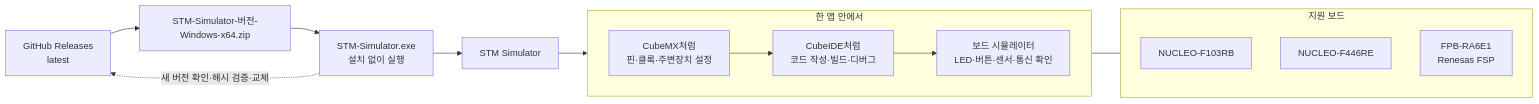
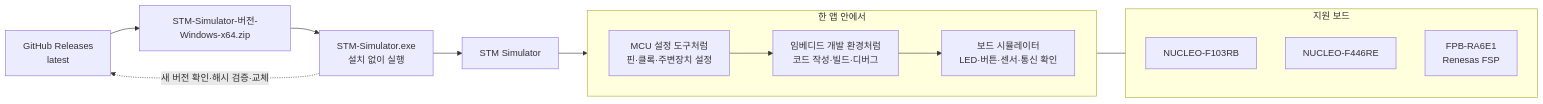
One commit to moonsyu/STM-Simulator changed the first of 10 diagrams in README.md. Above: the diagram before and after it, drawn with Mermaid. The commit also changed other lines of this file and 1 other file, not shown here.

Commit message:
README: 소개·개발 계기·버전 흐름에서도 CubeMX·CubeIDE 이름 빼기 [skip ci]

````diff
--- a/README.md
+++ b/README.md
@@ -9,21 +9,21 @@
 ```mermaid
 flowchart LR
     DL["GitHub Releases<br/>latest"] --> ZIP["STM-Simulator-버전-Windows-x64.zip"]
     ZIP --> EXE["STM-Simulator.exe<br/>설치 없이 실행"]
     EXE --> APP["STM Simulator"]
 
     subgraph APP_IN["한 앱 안에서"]
         direction LR
-        MX["CubeMX처럼<br/>핀·클록·주변장치 설정"] --> IDE["CubeIDE처럼<br/>코드 작성·빌드·디버그"] --> SIM["보드 시뮬레이터<br/>LED·버튼·센서·통신 확인"]
+        MX["MCU 설정 도구처럼<br/>핀·클록·주변장치 설정"] --> IDE["임베디드 개발 환경처럼<br/>코드 작성·빌드·디버그"] --> SIM["보드 시뮬레이터<br/>LED·버튼·센서·통신 확인"]
     end
     APP --> APP_IN
 
     subgraph BOARDS["지원 보드"]
         B1["NUCLEO-F103RB"]
         B2["NUCLEO-F446RE"]
         B3["FPB-RA6E1<br/>Renesas FSP"]
     end
     APP_IN --- BOARDS
 
     EXE -. "새 버전 확인·해시 검증·교체" .-> DL
 ```
````
